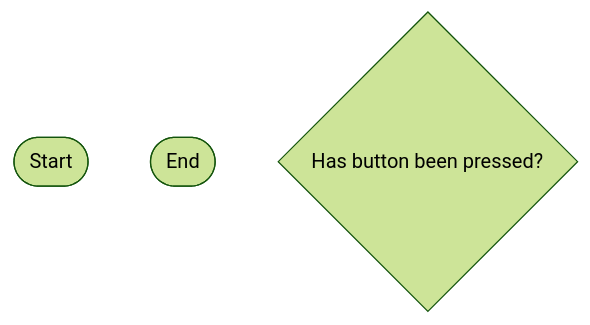
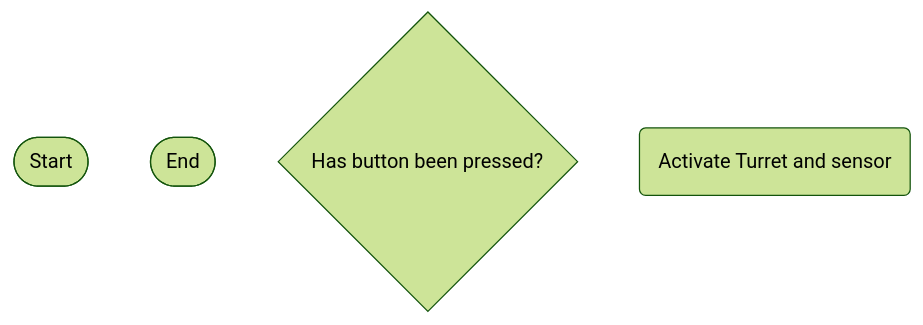
Before and after one commit to Zac2259/Smart-Turret: the diagram in logic.md, drawn with Mermaid (forest theme).

````diff
--- a/logic.md
+++ b/logic.md
@@ -1,6 +1,7 @@
  ```mermaid
  flowchart TD
 terminalStart([Start])
  terminalEnd([End])
 hasbuttonbeentriggered{Has button been pressed?}
+activateturret(Activate Turret and sensor)
  ```
````
